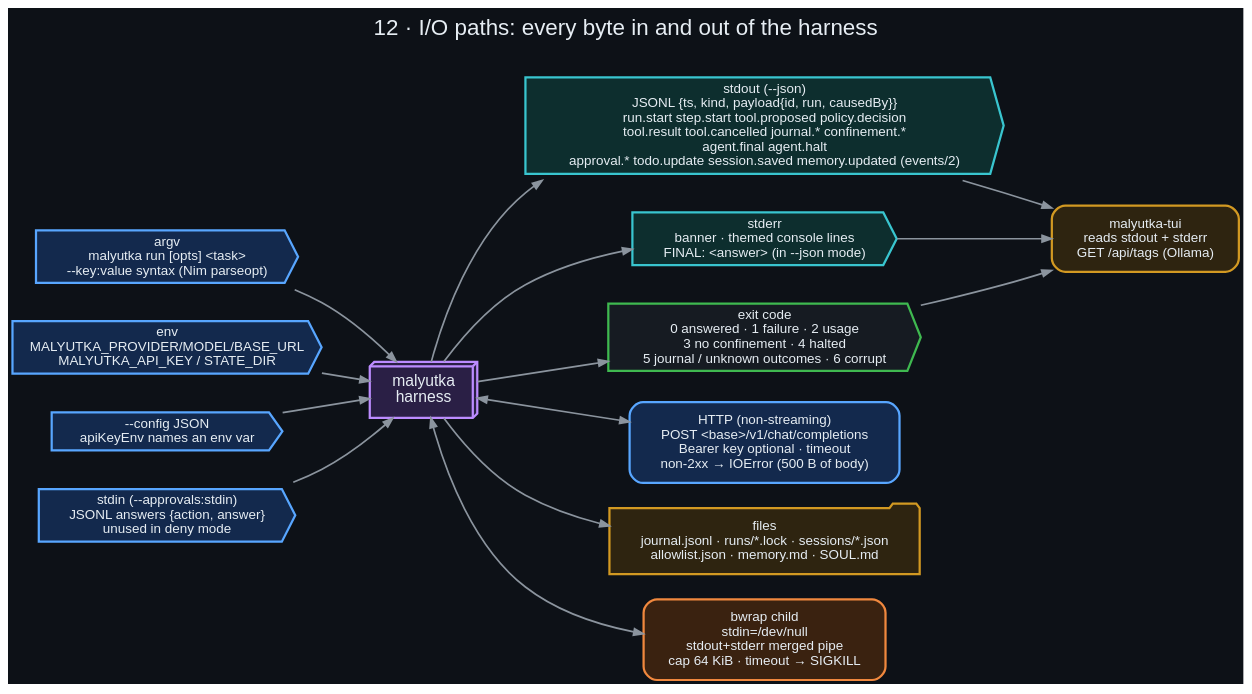
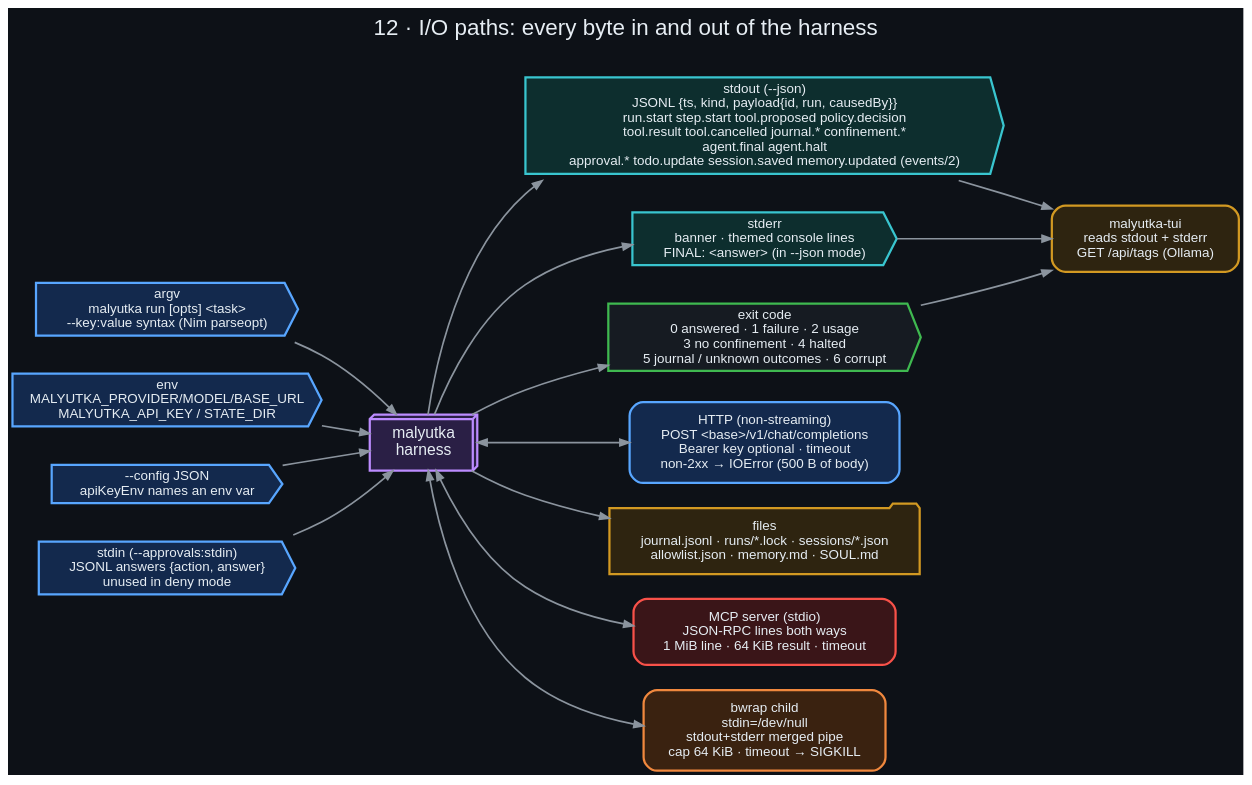
The diagram in docs/diagrams/12_io_paths.dot (danindiana/malyutka), drawn with Graphviz before and after one commit. The commit also changed 49 other files, not shown here.

First line of the commit message:
feat: skills and an MCP stdio client (v0.8.0)

```diff
--- a/docs/diagrams/12_io_paths.dot
+++ b/docs/diagrams/12_io_paths.dot
@@ -1,22 +1,23 @@
 digraph io {
     graph [bgcolor="#0d1117", fontname="Helvetica", fontcolor="#e6edf3", labelloc="t", fontsize=20, rankdir=LR,
            label="12 · I/O paths: every byte in and out of the harness\n ", nodesep=0.3, ranksep=0.6];
     node  [fontname="Helvetica", fontcolor="#e6edf3", color="#30363d", style="filled,rounded", shape=box, penwidth=2, margin="0.22,0.14", fillcolor="#161b22", fontsize=12];
     edge  [color="#8b949e", fontname="Helvetica", fontcolor="#adbac7", penwidth=1.5, arrowsize=0.85, fontsize=10];
 
     argv [label="argv\nmalyutka run [opts] <task>\n--key:value syntax (Nim parseopt)", shape=cds, color="#58a6ff", fillcolor="#13294d"];
     env [label="env\nMALYUTKA_PROVIDER/MODEL/BASE_URL\nMALYUTKA_API_KEY / STATE_DIR", shape=cds, color="#58a6ff", fillcolor="#13294d"];
     cfg [label="--config JSON\napiKeyEnv names an env var", shape=cds, color="#58a6ff", fillcolor="#13294d"];
     stdin [label="stdin (--approvals:stdin)\nJSONL answers {action, answer}\nunused in deny mode", shape=cds, color="#58a6ff", fillcolor="#13294d"];
     h [label="malyutka\nharness", shape=box3d, color="#bc8cff", fillcolor="#2a1f45", fontsize=14];
     stdout [label="stdout (--json)\nJSONL {ts, kind, payload{id, run, causedBy}}\nrun.start step.start tool.proposed policy.decision\ntool.result tool.cancelled journal.* confinement.*\nagent.final agent.halt\napproval.* todo.update session.saved memory.updated (events/2)", shape=cds, color="#39c5cf", fillcolor="#0d2e2e"];
     stderr [label="stderr\nbanner · themed console lines\nFINAL: <answer> (in --json mode)", shape=cds, color="#39c5cf", fillcolor="#0d2e2e"];
     exitc [label="exit code\n0 answered · 1 failure · 2 usage\n3 no confinement · 4 halted\n5 journal / unknown outcomes · 6 corrupt", shape=cds, color="#3fb950"];
     http [label="HTTP (non-streaming)\nPOST <base>/v1/chat/completions\nBearer key optional · timeout\nnon-2xx → IOError (500 B of body)", color="#58a6ff", fillcolor="#13294d"];
     disk [label="files\njournal.jsonl · runs/*.lock · sessions/*.json\nallowlist.json · memory.md · SOUL.md", shape=folder, color="#d29922", fillcolor="#2e2410"];
+    mcpsrv [label="MCP server (stdio)\nJSON-RPC lines both ways\n1 MiB line · 64 KiB result · timeout", color="#f85149", fillcolor="#3a1518"];
     child [label="bwrap child\nstdin=/dev/null\nstdout+stderr merged pipe\ncap 64 KiB · timeout → SIGKILL", color="#f0883e", fillcolor="#3a2210"];
     tui [label="malyutka-tui\nreads stdout + stderr\nGET /api/tags (Ollama)", color="#d29922", fillcolor="#2e2410"];
 
-    {argv env cfg stdin} -> h; h -> {stdout stderr exitc}; h -> http [dir=both]; h -> disk; h -> child [dir=both];
+    {argv env cfg stdin} -> h; h -> {stdout stderr exitc}; h -> http [dir=both]; h -> disk; h -> child [dir=both]; h -> mcpsrv [dir=both];
     stdout -> tui; stderr -> tui; exitc -> tui;
 }
```
